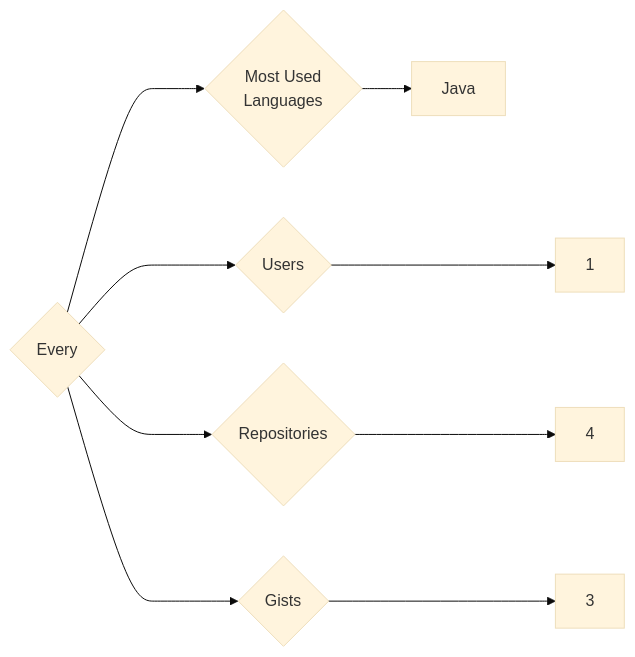
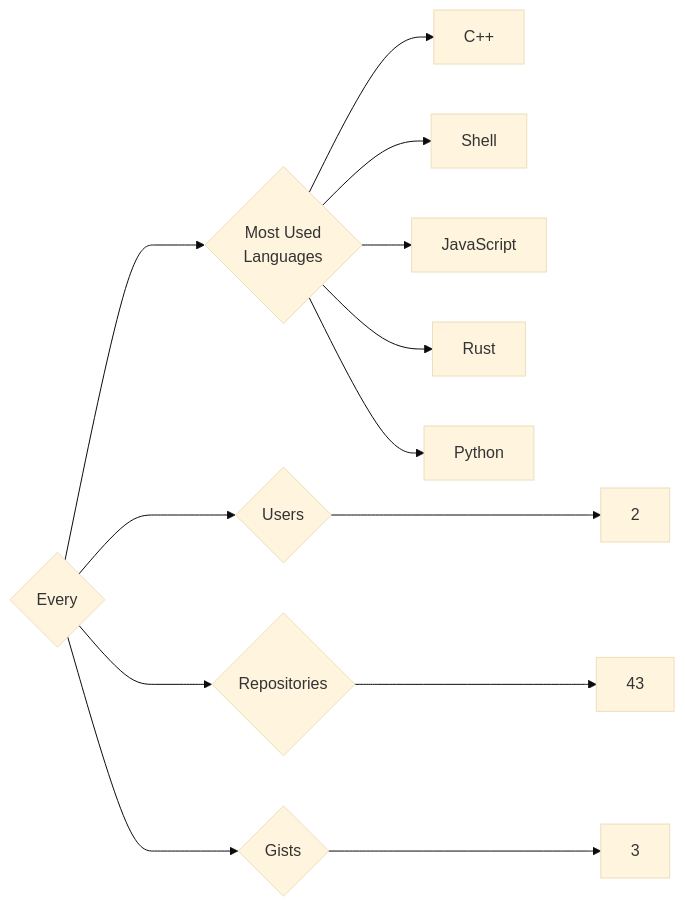
Before and after one commit to trickest/insiders: the diagram in targets/Every/README.md, drawn with Mermaid (base theme). The commit also changed 611 other files, not shown here.

````diff
--- a/targets/Every/README.md
+++ b/targets/Every/README.md
@@ -3,9 +3,13 @@
 ```mermaid
 graph LR
 COMPANY_NAME{Every}
-COMPANY_NAME ---> U{Users} ---> UN[1]
-COMPANY_NAME ---> R{Repositories} ---> RN[4]
+COMPANY_NAME ---> U{Users} ---> UN[2]
+COMPANY_NAME ---> R{Repositories} ---> RN[43]
 COMPANY_NAME ---> G{Gists} ---> GN[3]
 COMPANY_NAME ---> ML{Most Used<br>Languages}
-ML --> Java[Java]
+ML --> C++[C++]
+ML --> Shell[Shell]
+ML --> JavaScript[JavaScript]
+ML --> Rust[Rust]
+ML --> Python[Python]
 ```
````
